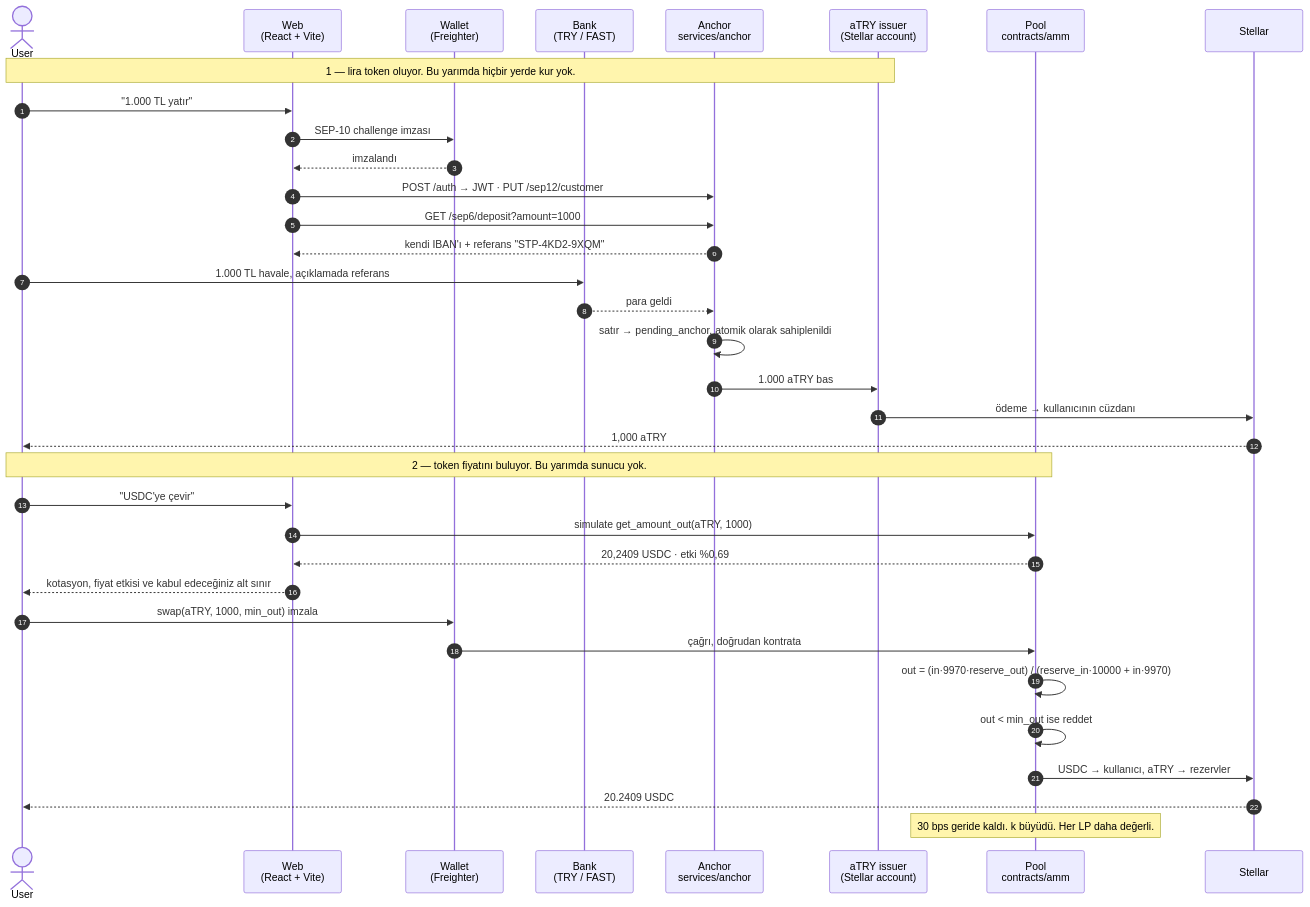
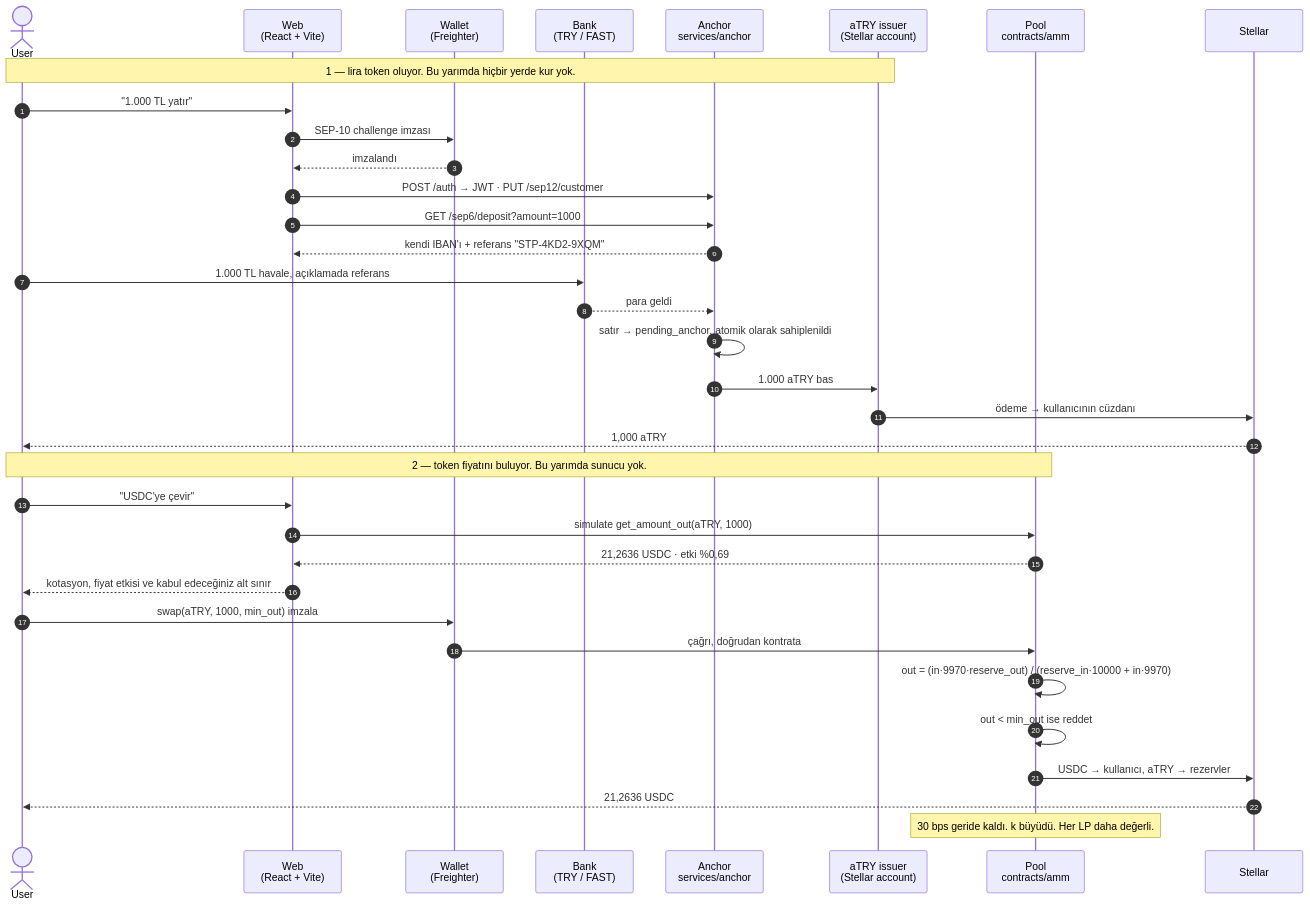
One commit to Omeraydognn/Stelpools changed the diagram in README.tr.md. Above: the diagram before and after it, drawn with Mermaid. The commit also changed other lines of this file and 1 other file, not shown here.

````diff
--- a/README.tr.md
+++ b/README.tr.md
@@ -129,39 +129,39 @@
 ```mermaid
 sequenceDiagram
     autonumber
     actor U as User
     participant W as Web<br/>(React + Vite)
     participant K as Wallet<br/>(Freighter)
     participant B as Bank<br/>(TRY / FAST)
     participant A as Anchor<br/>services/anchor
     participant I as aTRY issuer<br/>(Stellar account)
     participant P as Pool<br/>contracts/amm
     participant S as Stellar
 
     Note over U,I: 1 — lira token oluyor. Bu yarımda hiçbir yerde kur yok.
     U->>W: "1.000 TL yatır"
     W->>K: SEP-10 challenge imzası
     K-->>W: imzalandı
     W->>A: POST /auth → JWT · PUT /sep12/customer
     W->>A: GET /sep6/deposit?amount=1000
     A-->>W: kendi IBAN'ı + referans "STP-4KD2-9XQM"
     U->>B: 1.000 TL havale, açıklamada referans
     B-->>A: para geldi
     A->>A: satır → pending_anchor, atomik olarak sahiplenildi
     A->>I: 1.000 aTRY bas
     I->>S: ödeme → kullanıcının cüzdanı
     S-->>U: 1,000 aTRY
 
     Note over U,P: 2 — token fiyatını buluyor. Bu yarımda sunucu yok.
     U->>W: "USDC'ye çevir"
     W->>P: simulate get_amount_out(aTRY, 1000)
-    P-->>W: 20,2409 USDC · etki %0,69
+    P-->>W: 21,2636 USDC · etki %0,69
     W-->>U: kotasyon, fiyat etkisi ve kabul edeceğiniz alt sınır
     U->>K: swap(aTRY, 1000, min_out) imzala
     K->>P: çağrı, doğrudan kontrata
     P->>P: out = (in·9970·reserve_out) / (reserve_in·10000 + in·9970)
     P->>P: out < min_out ise reddet
     P->>S: USDC → kullanıcı, aTRY → rezervler
-    S-->>U: 20.2409 USDC
+    S-->>U: 21,2636 USDC
     Note over P: 30 bps geride kaldı. k büyüdü. Her LP daha değerli.
 ```
````
